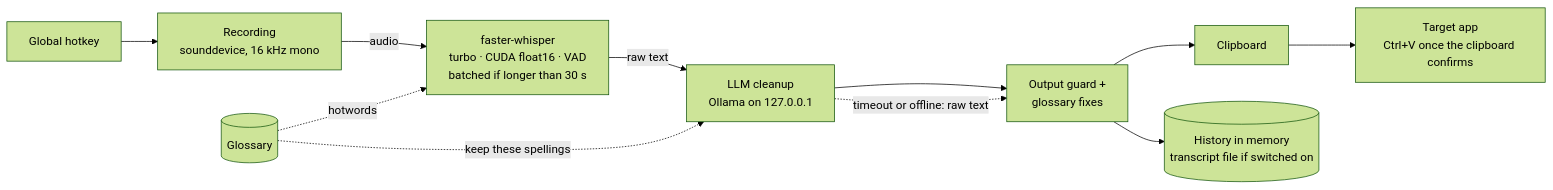
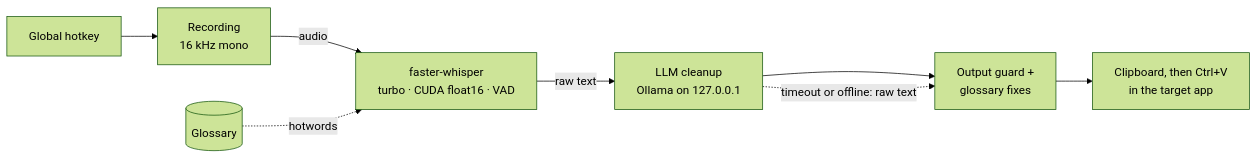
Before and after one commit to Mosaik114/hams-bachelorprojekt: the diagram in README.md, drawn with Mermaid (forest theme). The commit also changed other lines of this file and 3 other files, not shown here.

````diff
--- a/README.md
+++ b/README.md
@@ -105,13 +97,10 @@
 ```mermaid
 flowchart LR
-  H[Global hotkey] --> R[Recording<br/>sounddevice, 16 kHz mono]
-  R -- audio --> W[faster-whisper<br/>turbo · CUDA float16 · VAD<br/>batched if longer than 30 s]
+  H[Global hotkey] --> R[Recording<br/>16 kHz mono]
+  R -- audio --> W[faster-whisper<br/>turbo · CUDA float16 · VAD]
   G[(Glossary)] -. hotwords .-> W
   W -- raw text --> O[LLM cleanup<br/>Ollama on 127.0.0.1]
-  G -. keep these spellings .-> O
   O --> F[Output guard +<br/>glossary fixes]
   O -. timeout or offline: raw text .-> F
-  F --> C[Clipboard]
-  C --> T[Target app<br/>Ctrl+V once the clipboard confirms]
-  F --> S[(History in memory<br/>transcript file if switched on)]
+  F --> T[Clipboard, then Ctrl+V<br/>in the target app]
 ```
````
